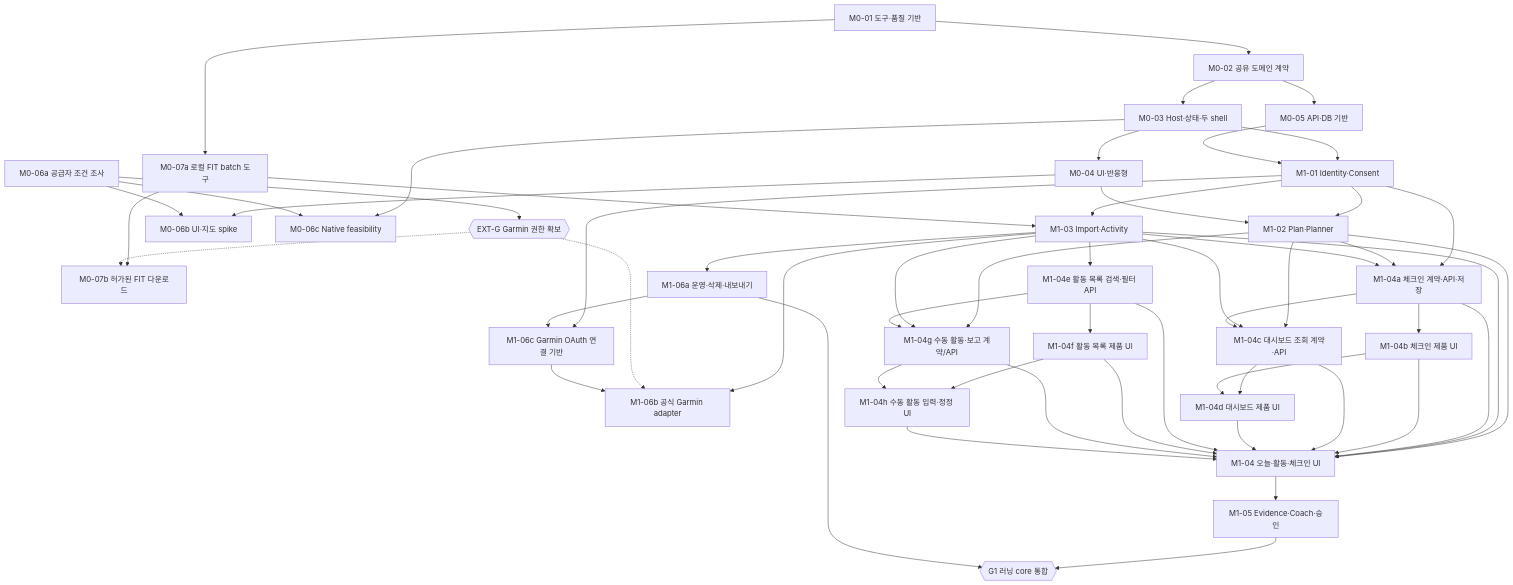
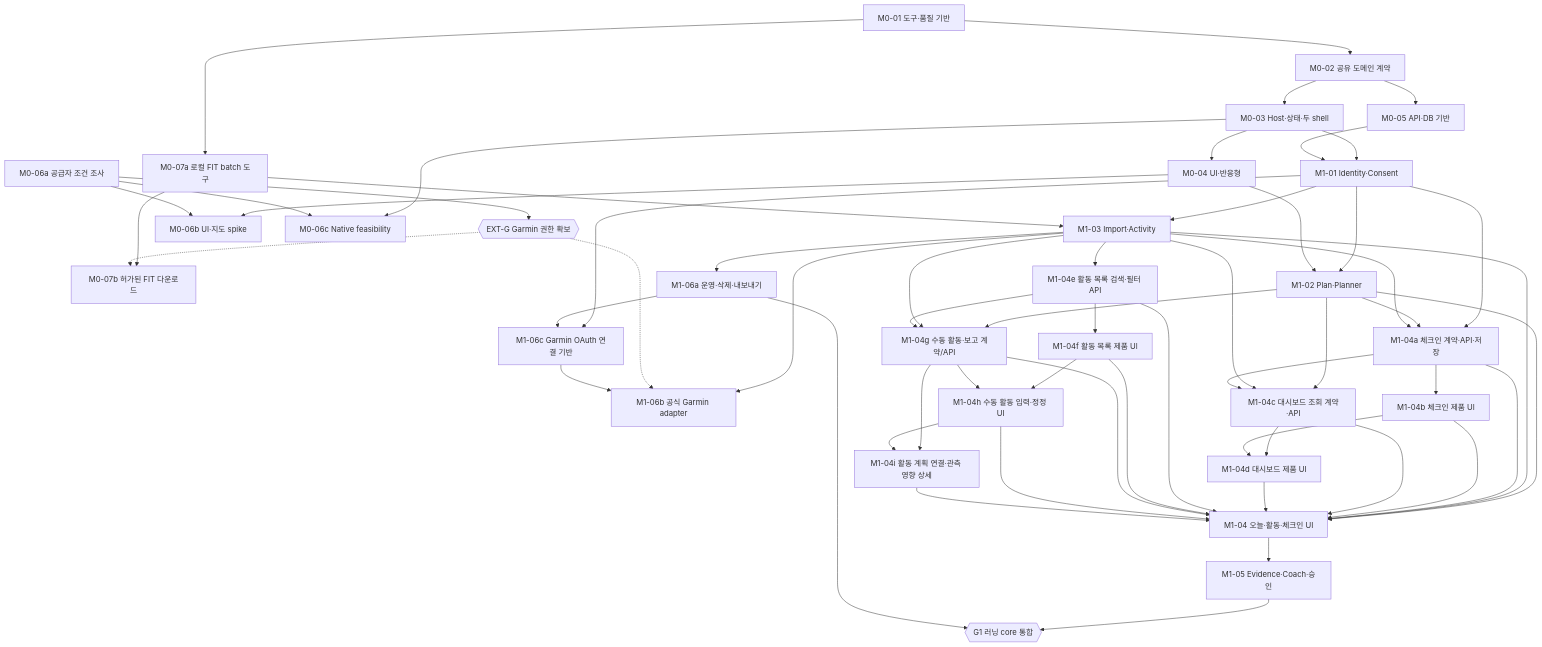
One commit to peacecheejecake/workout-manager changed the first of 3 diagrams in docs/implementation/task-graph.md. Above: the diagram before and after it, drawn with Mermaid. The commit also changed other lines of this file and 22 other files, not shown here.

```diff
--- a/docs/implementation/task-graph.md
+++ b/docs/implementation/task-graph.md
@@ -89,6 +89,10 @@
     activityBrowser --> activityEditor
     manualActivity --> activityEditor
     activityEditor --> task14
+    activityContext["M1-04i 활동 계획 연결·관측 영향 상세"]
+    manualActivity --> activityContext
+    activityEditor --> activityContext
+    activityContext --> task14
     task14 --> task15
     task13 --> task16
     task13 --> task17
```
